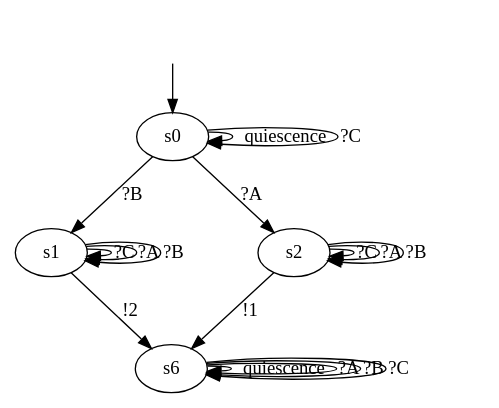
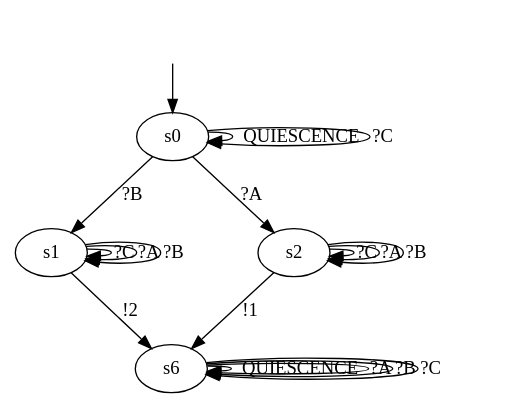
The diagram in DotModels/Iolts/ioco/09_ioco_S.dot (haubitzer/AALpy), drawn with Graphviz before and after one commit. The commit also changed 58 other files, not shown here.

```diff
--- a/DotModels/Iolts/ioco/09_ioco_S.dot
+++ b/DotModels/Iolts/ioco/09_ioco_S.dot
@@ -1,24 +1,24 @@
 digraph "../../DotModels/Iolts/ioco/09_ioco_S" {
 s0 [label=s0];
 s1 [label=s1];
 s2 [label=s2];
 s6 [label=s6];
-s0 -> s0  [label=quiescence];
+s0 -> s0  [label=QUIESCENCE];
 s0 -> s2  [label="?A"];
 s0 -> s1  [label="?B"];
 s0 -> s0  [label="?C"];
 s1 -> s6  [label="!2"];
 s1 -> s1  [label="?C"];
 s1 -> s1  [label="?A"];
 s1 -> s1  [label="?B"];
 s2 -> s6  [label="!1"];
 s2 -> s2  [label="?C"];
 s2 -> s2  [label="?A"];
 s2 -> s2  [label="?B"];
-s6 -> s6  [label=quiescence];
+s6 -> s6  [label=QUIESCENCE];
 s6 -> s6  [label="?A"];
 s6 -> s6  [label="?B"];
 s6 -> s6  [label="?C"];
 __start0 [label="", shape=none];
 __start0 -> s0  [label=""];
 }
```
